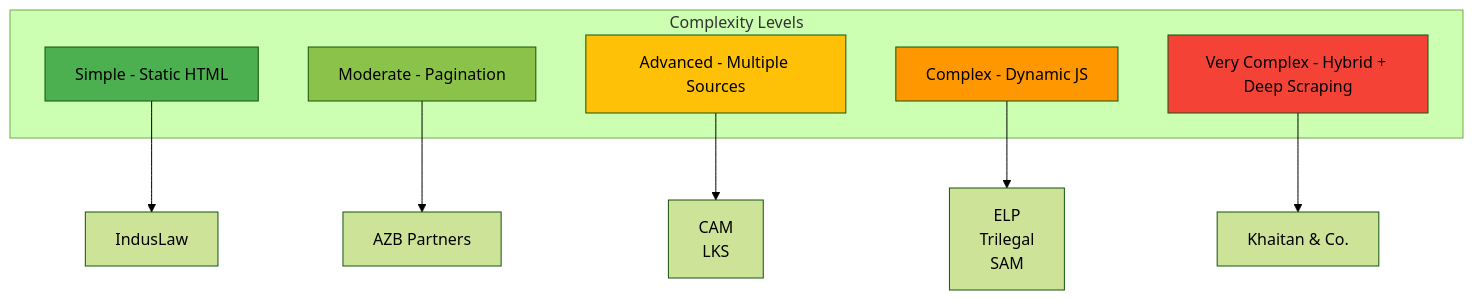
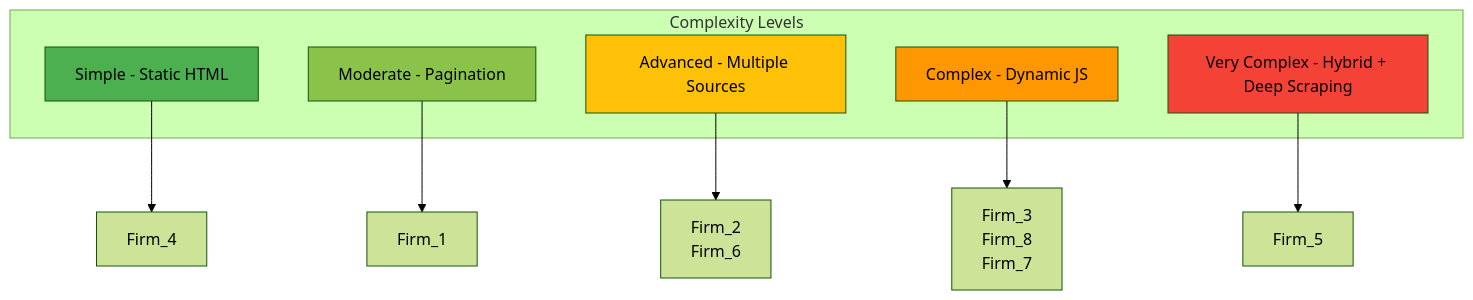
The third of 27 diagrams in readme.md (Acash-bits/Law-Firm-Publications-Scraper-Suite), drawn with Mermaid (forest theme) before and after one commit. The commit also changed other lines of this file, not shown here.

Commit message:
Change in the font and style of System architecture diagram

````diff
--- a/readme.md
+++ b/readme.md
@@ -159,22 +159,22 @@
 ```mermaid
 graph TD
     subgraph "Complexity Levels"
         A[Simple - Static HTML]
         B[Moderate - Pagination]
         C[Advanced - Multiple Sources]
         D[Complex - Dynamic JS]
         E[Very Complex - Hybrid + Deep Scraping]
     end
 
-    A --> F[IndusLaw]
-    B --> G[AZB Partners]
-    C --> H[CAM<br/>LKS]
-    D --> I[ELP<br/>Trilegal<br/>SAM]
-    E --> J[Khaitan & Co.]
+    A --> F[Firm_4]
+    B --> G[Firm_1]
+    C --> H[Firm_2<br/>Firm_6]
+    D --> I[Firm_3<br/>Firm_8<br/>Firm_7]
+    E --> J[Firm_5]
 
     style A fill:#4CAF50
     style B fill:#8BC34A
     style C fill:#FFC107
     style D fill:#FF9800
     style E fill:#F44336
 ```
````
